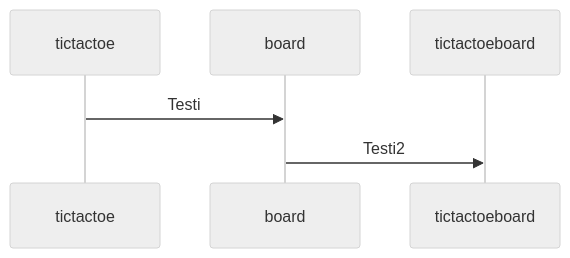
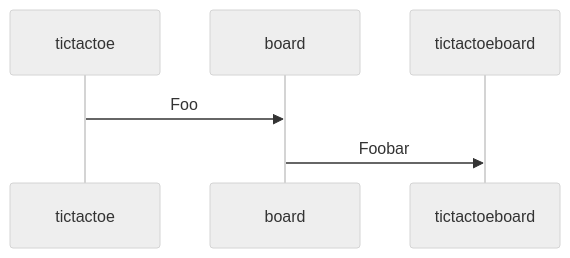
One commit to TatuSorjonen/ot-harjoitustyo changed the second of 2 diagrams in maarittelydokumentti/arkkitehtuuri.md. Above: the diagram before and after it, drawn with Mermaid (neutral theme).

````diff
--- a/maarittelydokumentti/arkkitehtuuri.md
+++ b/maarittelydokumentti/arkkitehtuuri.md
@@ -51,8 +51,8 @@
 ```mermaid
 sequenceDiagram
   participant tictactoe
   participant board
   participant tictactoeboard
-  tictactoe->> board: Testi
-  board->>tictactoeboard: Testi2
+  tictactoe->> board: Foo
+  board->>tictactoeboard: Foobar
 ```
````
